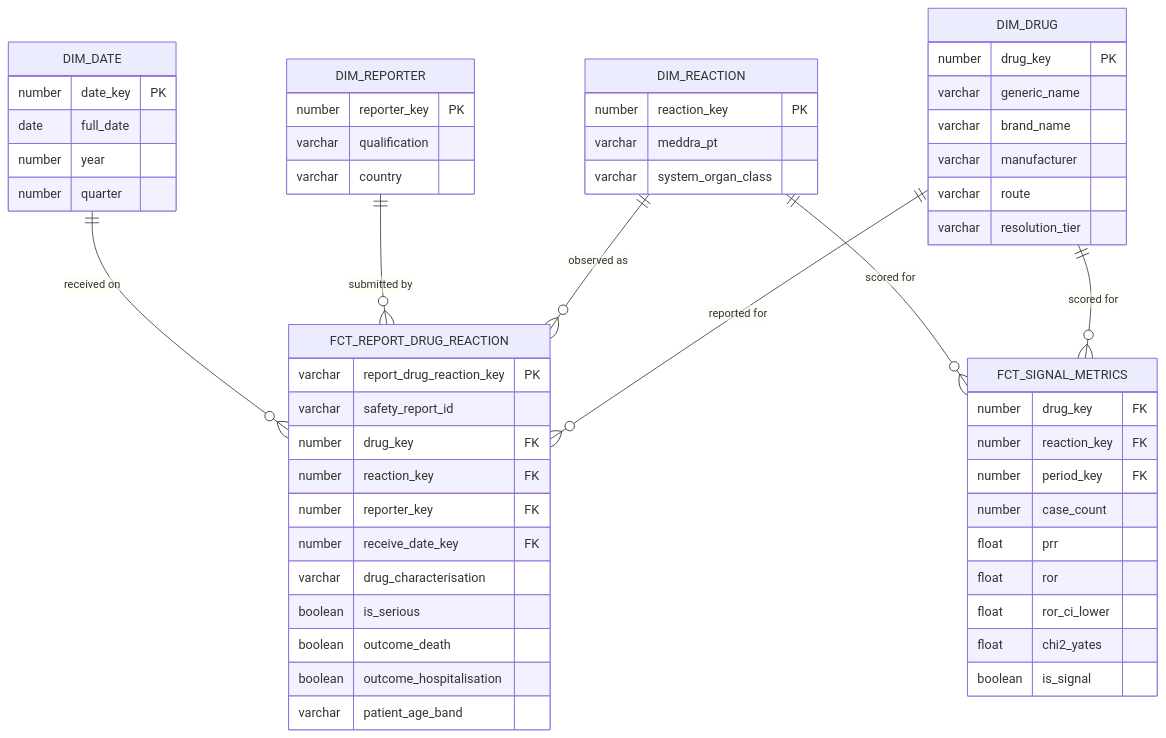
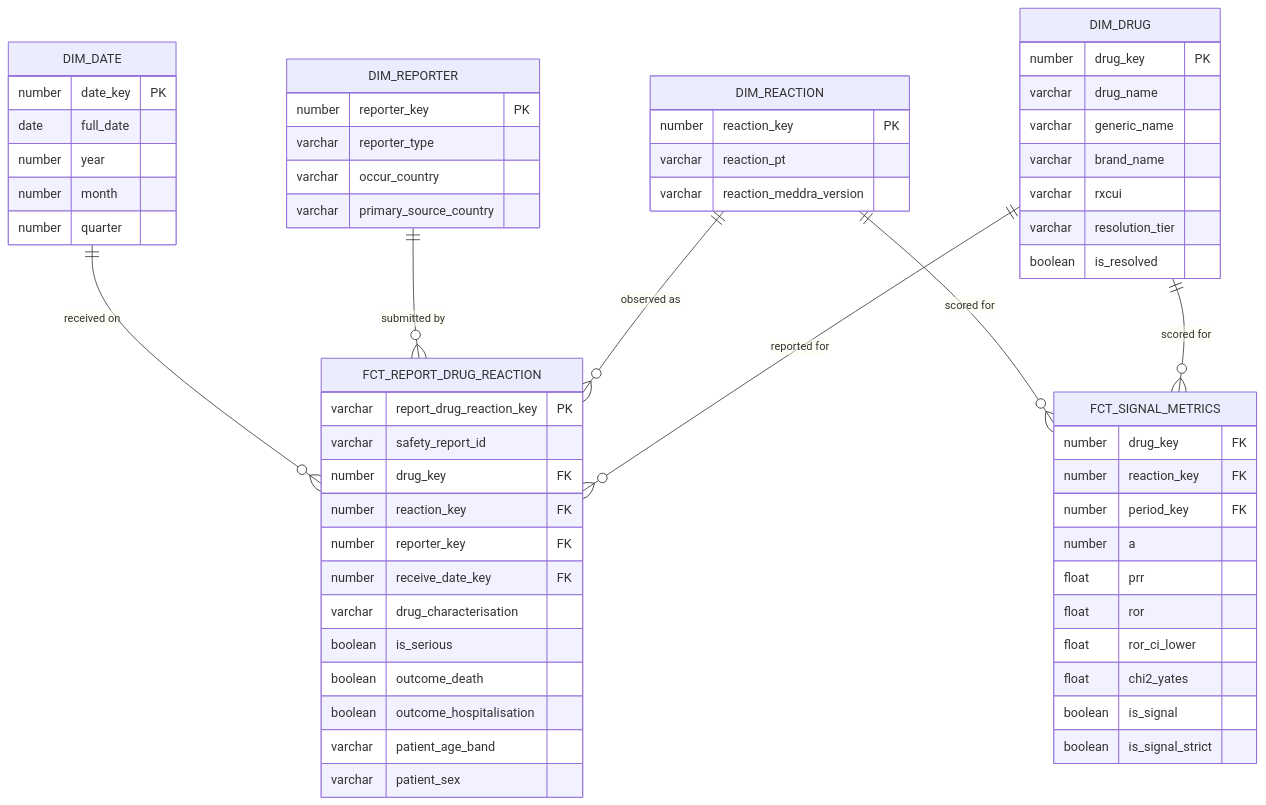
The diagram in architecture.md (nkouhdareh/de-capstone-pipeline), drawn with Mermaid before and after one commit. The commit also changed other lines of this file and 23 other files, not shown here.

````diff
--- a/architecture.md
+++ b/architecture.md
@@ -125,58 +238,63 @@
 ```mermaid
 erDiagram
     DIM_DRUG {
         number drug_key PK
+        varchar drug_name
         varchar generic_name
         varchar brand_name
-        varchar manufacturer
-        varchar route
+        varchar rxcui
         varchar resolution_tier
+        boolean is_resolved
     }
     DIM_REACTION {
         number reaction_key PK
-        varchar meddra_pt
-        varchar system_organ_class
+        varchar reaction_pt
+        varchar reaction_meddra_version
     }
     DIM_REPORTER {
         number reporter_key PK
-        varchar qualification
-        varchar country
+        varchar reporter_type
+        varchar occur_country
+        varchar primary_source_country
     }
     DIM_DATE {
         number date_key PK
         date full_date
         number year
+        number month
         number quarter
     }
     FCT_REPORT_DRUG_REACTION {
         varchar report_drug_reaction_key PK
         varchar safety_report_id
         number drug_key FK
         number reaction_key FK
         number reporter_key FK
         number receive_date_key FK
         varchar drug_characterisation
         boolean is_serious
         boolean outcome_death
         boolean outcome_hospitalisation
         varchar patient_age_band
+        varchar patient_sex
     }
     FCT_SIGNAL_METRICS {
         number drug_key FK
         number reaction_key FK
         number period_key FK
-        number case_count
+        number a
         float prr
         float ror
         float ror_ci_lower
         float chi2_yates
         boolean is_signal
+        boolean is_signal_strict
     }
 
     DIM_DRUG ||--o{ FCT_REPORT_DRUG_REACTION : "reported for"
     DIM_REACTION ||--o{ FCT_REPORT_DRUG_REACTION : "observed as"
     DIM_REPORTER ||--o{ FCT_REPORT_DRUG_REACTION : "submitted by"
     DIM_DATE ||--o{ FCT_REPORT_DRUG_REACTION : "received on"
     DIM_DRUG ||--o{ FCT_SIGNAL_METRICS : "scored for"
     DIM_REACTION ||--o{ FCT_SIGNAL_METRICS : "scored for"
 ```
````
